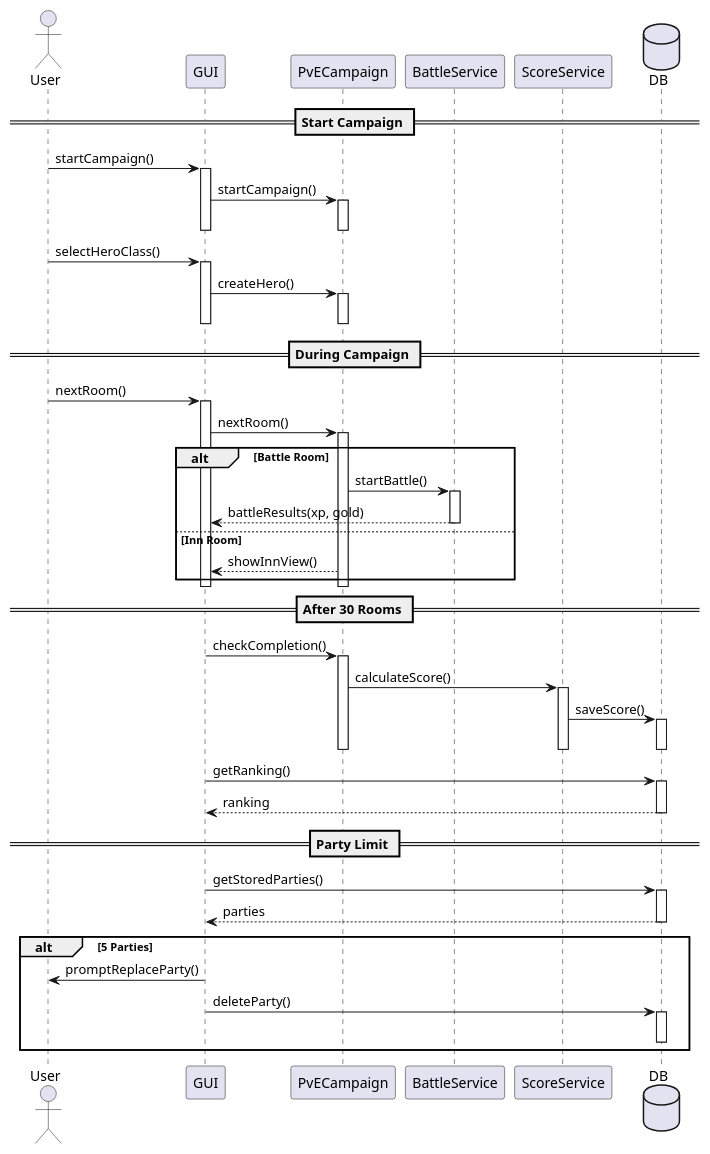
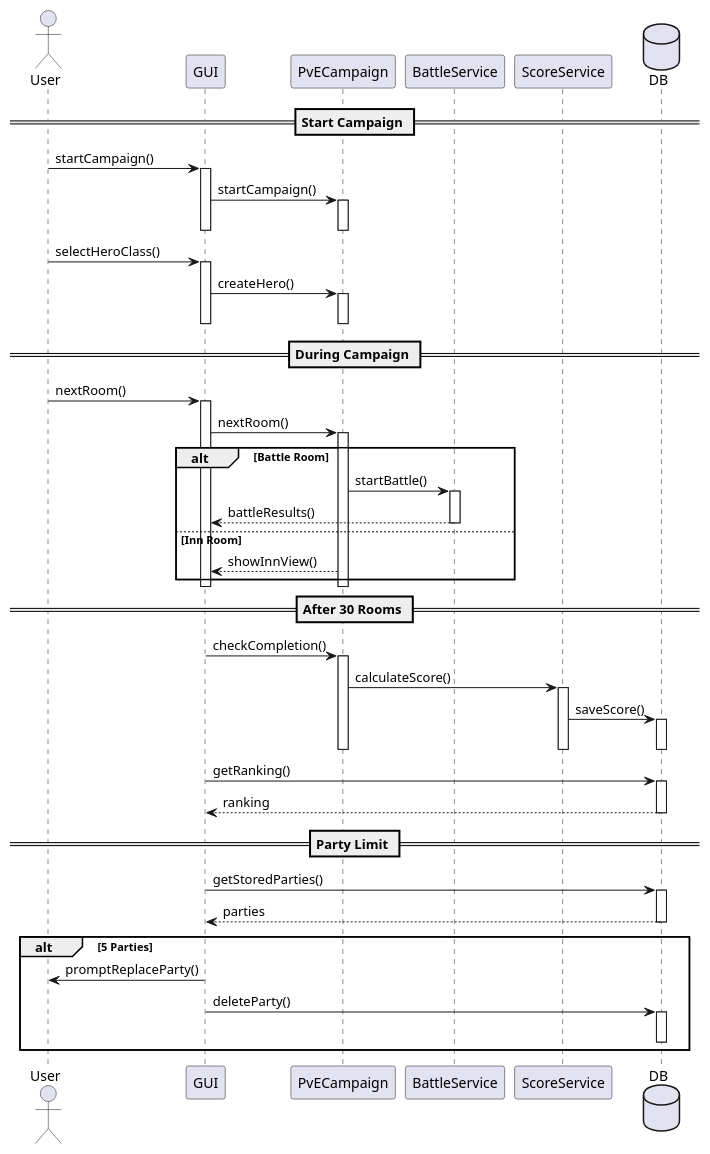
One commit to noahdc06/SoftwareDesignProject changed the diagram in LegendsOfSwordAndWand_Project/sequence_diagrams/case2.puml. Above: the diagram before and after it, drawn with PlantUML.

Commit message:
sequence diagrams

```diff
--- a/LegendsOfSwordAndWand_Project/sequence_diagrams/case2.puml
+++ b/LegendsOfSwordAndWand_Project/sequence_diagrams/case2.puml
@@ -1,76 +1,76 @@
 @startuml
 
 actor User
 participant GUI
 participant PvECampaign
 participant BattleService
 participant ScoreService
 database DB
 
 == Start Campaign ==
 
 User -> GUI : startCampaign()
 activate GUI
 GUI -> PvECampaign : startCampaign()
 activate PvECampaign
 deactivate PvECampaign
 deactivate GUI
 
 User -> GUI : selectHeroClass()
 activate GUI
 GUI -> PvECampaign : createHero()
 activate PvECampaign
 deactivate PvECampaign
 deactivate GUI
 
 == During Campaign ==
 
 User -> GUI : nextRoom()
 activate GUI
 GUI -> PvECampaign : nextRoom()
 activate PvECampaign
 
 alt Battle Room
     PvECampaign -> BattleService : startBattle()
     activate BattleService
-    BattleService --> GUI : battleResults(xp, gold)
+    BattleService --> GUI : battleResults()
     deactivate BattleService
 else Inn Room
     PvECampaign --> GUI : showInnView()
 end
 
 deactivate PvECampaign
 deactivate GUI
 
 == After 30 Rooms ==
 
 GUI -> PvECampaign : checkCompletion()
 activate PvECampaign
 PvECampaign -> ScoreService : calculateScore()
 activate ScoreService
 ScoreService -> DB : saveScore()
 activate DB
 deactivate DB
 deactivate ScoreService
 deactivate PvECampaign
 
 GUI -> DB : getRanking()
 activate DB
 DB --> GUI : ranking
 deactivate DB
 
 == Party Limit ==
 
 GUI -> DB : getStoredParties()
 activate DB
 DB --> GUI : parties
 deactivate DB
 
 alt 5 Parties
     GUI -> User : promptReplaceParty()
     GUI -> DB : deleteParty()
     activate DB
     deactivate DB
 end
 
 @enduml
```
